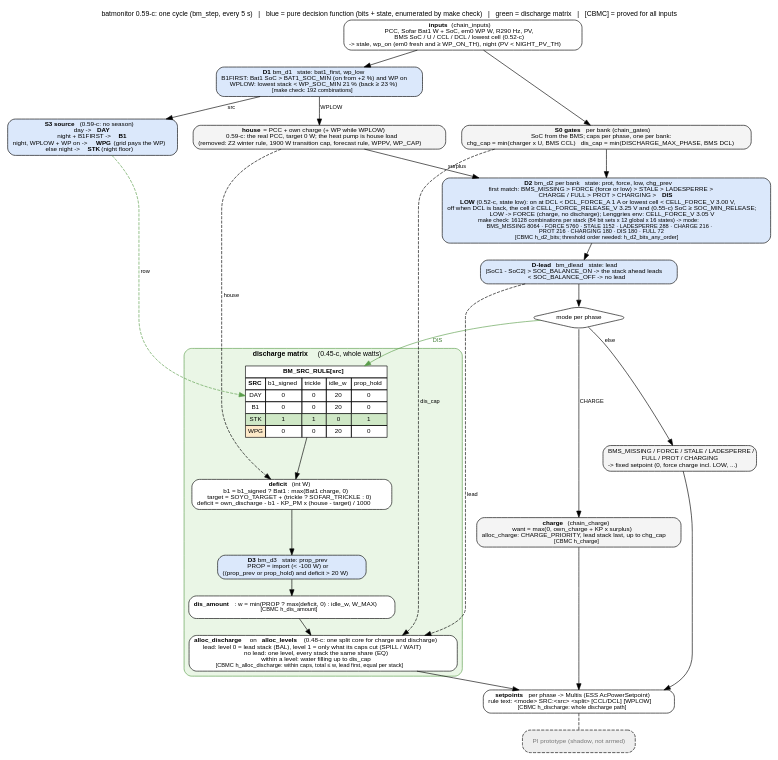
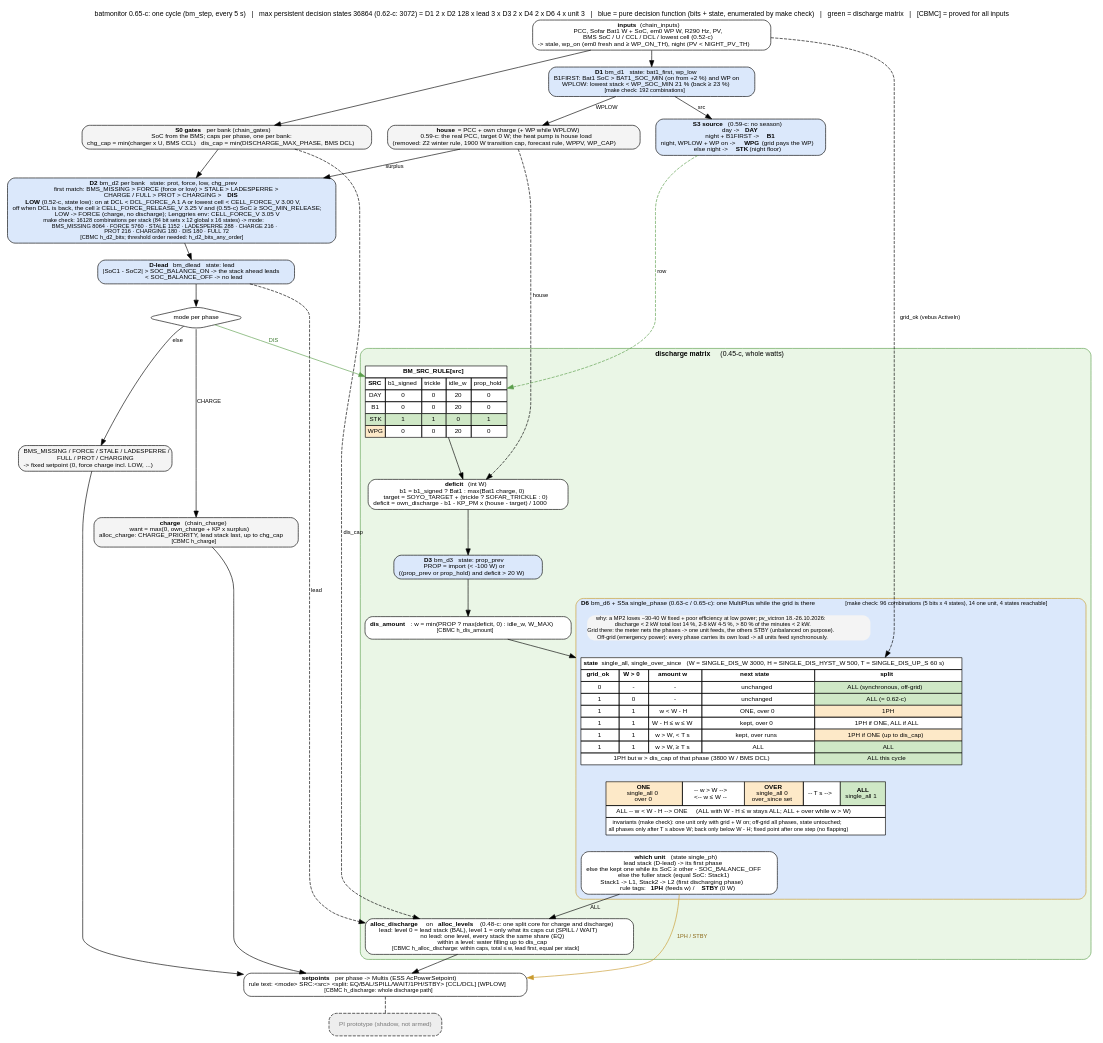
Before and after one commit to gerontec/victron: the diagram in docs/discharge_flow.dot, drawn with Graphviz. The commit also changed 11 other files, not shown here.

First line of the commit message:
batmonitor 0.65-c: one unit / all phases as decision function bm_d6, matrix redrawn

```diff
--- a/docs/discharge_flow.dot
+++ b/docs/discharge_flow.dot
@@ -1,71 +1,100 @@
 // batmonitor 0.45-c: decision flow of one cycle (bm_step), the discharge matrix highlighted.
 // render: dot -Tpdf discharge_flow.dot -o discharge_flow.pdf   (or -Tpng)
 digraph batmonitor {
-	graph [rankdir=TB, fontname="Helvetica", fontsize=11, nodesep=0.35, ranksep=0.35, newrank=true,
-		   label="batmonitor 0.59-c: one cycle (bm_step, every 5 s)   |   blue = pure decision function (bits + state, enumerated by make check)   |   green = discharge matrix   |   [CBMC] = proved for all inputs",
+	graph [rankdir=TB, compound=true, fontname="Helvetica", fontsize=11, nodesep=0.35, ranksep=0.35, newrank=true,
+		   label="batmonitor 0.65-c: one cycle (bm_step, every 5 s)   |   max persistent decision states 36864 (0.62-c: 3072) = D1 2 x D2 128 x lead 3 x D3 2 x D4 2 x D6 4 x unit 3   |   blue = pure decision function (bits + state, enumerated by make check)   |   green = discharge matrix   |   [CBMC] = proved for all inputs",
 		   labelloc=t];
 	node [shape=box, style="rounded,filled", fillcolor="#f4f4f4", fontname="Helvetica", fontsize=10];
 	edge [fontname="Helvetica", fontsize=9];
 
 	in [label=<<b>inputs</b> (chain_inputs)<br/>PCC, Sofar Bat1 W + SoC, em0 WP W, R290 Hz, PV,<br/>BMS SoC / U / CCL / DCL / lowest cell (0.52-c)<br/>-&gt; stale, wp_on (em0 fresh and &ge; WP_ON_TH), night (PV &lt; NIGHT_PV_TH)>, fillcolor="#ffffff"];
 
 	d1 [label=<<b>D1</b> bm_d1   state: bat1_first, wp_low<br/>B1FIRST: Bat1 SoC &gt; BAT1_SOC_MIN (on from +2 %) and WP on<br/>WPLOW: lowest stack &lt; WP_SOC_MIN 21 % (back &ge; 23 %)<br/><font point-size="9">[make check: 192 combinations]</font>>, fillcolor="#dbe8fb"];
 
 	src [label=<<b>S3 source</b> (0.59-c: no season)<br/>day -&gt; <b>DAY</b><br/>night + B1FIRST -&gt; <b>B1</b><br/>night, WPLOW + WP on -&gt; <b>WPG</b> (grid pays the WP)<br/>else night -&gt; <b>STK</b> (night floor)>, fillcolor="#dbe8fb"];
 
 	share [label=<<b>house</b> = PCC + own charge (+ WP while WPLOW)<br/>0.59-c: the real PCC, target 0 W; the heat pump is house load<br/>(removed: Z2 winter rule, 1900 W transition cap, forecast rule, WPPV, WP_CAP)>];
 
 	gates [label=<<b>S0 gates</b> per bank (chain_gates)<br/>SoC from the BMS; caps per phase, one per bank:<br/>chg_cap = min(charger x U, BMS CCL)   dis_cap = min(DISCHARGE_MAX_PHASE, BMS DCL)>];
 
 	d2 [label=<<b>D2</b> bm_d2 per bank   state: prot, force, low, chg_prev<br/>first match: BMS_MISSING &gt; FORCE (force or low) &gt; STALE &gt; LADESPERRE &gt;<br/>CHARGE / FULL &gt; PROT &gt; CHARGING &gt; <b>DIS</b><br/><b>LOW</b> (0.52-c, state low): on at DCL &lt; DCL_FORCE_A 1 A or lowest cell &lt; CELL_FORCE_V 3.00 V,<br/>off when DCL is back, the cell &ge; CELL_FORCE_RELEASE_V 3.25 V and (0.55-c) SoC &ge; SOC_MIN_RELEASE;<br/>LOW -&gt; FORCE (charge, no discharge); Lenggries env: CELL_FORCE_V 3.05 V<br/><font point-size="9">make check: 16128 combinations per stack (84 bit sets x 12 global x 16 states) -&gt; mode:<br/>BMS_MISSING 8064 · FORCE 5760 · STALE 1152 · LADESPERRE 288 · CHARGE 216 ·<br/>PROT 216 · CHARGING 180 · DIS 180 · FULL 72</font><br/><font point-size="9">[CBMC h_d2_bits; threshold order needed: h_d2_bits_any_order]</font>>, fillcolor="#dbe8fb"];
 
 	lead [label=<<b>D-lead</b> bm_dlead   state: lead<br/>|SoC1 - SoC2| &gt; SOC_BALANCE_ON -&gt; the stack ahead leads<br/>&lt; SOC_BALANCE_OFF -&gt; no lead>, fillcolor="#dbe8fb"];
 
 	modesplit [label="mode per phase", shape=diamond, fillcolor="#ffffff"];
 	other [label=<BMS_MISSING / FORCE / STALE / LADESPERRE /<br/>FULL / PROT / CHARGING<br/>-&gt; fixed setpoint (0, force charge incl. LOW, ...)>];
 
 	subgraph cluster_dis {
 		label=<<b>discharge matrix</b> (0.45-c, whole watts)>; style="rounded,filled"; fillcolor="#eaf6e6"; color="#5a9e4b"; fontsize=11;
 		rule [shape=plain, fillcolor="#ffffff", label=<
 			<table border="0" cellborder="1" cellspacing="0" cellpadding="3" bgcolor="#ffffff">
 			<tr><td colspan="5"><b>BM_SRC_RULE[src]</b></td></tr>
 			<tr><td><b>SRC</b></td><td>b1_signed</td><td>trickle</td><td>idle_w</td><td>prop_hold</td></tr>
 			<tr><td>DAY</td><td>0</td><td>0</td><td>20</td><td>0</td></tr>
 			<tr><td>B1</td><td>0</td><td>0</td><td>20</td><td>0</td></tr>
 			<tr><td bgcolor="#cfe8c6">STK</td><td bgcolor="#cfe8c6">1</td><td bgcolor="#cfe8c6">1</td><td bgcolor="#cfe8c6">0</td><td bgcolor="#cfe8c6">1</td></tr>
 			<tr><td bgcolor="#fde9c8">WPG</td><td>0</td><td>0</td><td>20</td><td>0</td></tr>
 			</table>>];
 		deficit [label=<<b>deficit</b> (int W)<br/>b1 = b1_signed ? Bat1 : max(Bat1 charge, 0)<br/>target = SOYO_TARGET + (trickle ? SOFAR_TRICKLE : 0)<br/>deficit = own_discharge - b1 - KP_PM x (house - target) / 1000>, fillcolor="#ffffff"];
 		d3 [label=<<b>D3</b> bm_d3   state: prop_prev<br/>PROP = import (&lt; -100 W) or<br/>((prop_prev or prop_hold) and deficit &gt; 20 W)>, fillcolor="#dbe8fb"];
 		amount [label=<<b>dis_amount</b>: w = min(PROP ? max(deficit, 0) : idle_w, W_MAX)<br/><font point-size="9">[CBMC h_dis_amount]</font>>, fillcolor="#ffffff"];
 		alloc [label=<<b>alloc_discharge</b> on <b>alloc_levels</b> (0.48-c: one split core for charge and discharge)<br/>lead: level 0 = lead stack (BAL), level 1 = only what its caps cut (SPILL / WAIT)<br/>no lead: one level, every stack the same share (EQ)<br/>within a level: water filling up to dis_cap<br/><font point-size="9">[CBMC h_alloc_discharge: within caps, total &le; w, lead first, equal per stack]</font>>, fillcolor="#ffffff"];
-		rule -> deficit -> d3 -> amount -> alloc;
+		subgraph cluster_one {
+			label=<<b>D6</b> bm_d6 + S5a single_phase (0.63-c / 0.65-c): one MultiPlus while the grid is there   <font point-size="9">[make check: 96 combinations (5 bits x 4 states), 14 one unit, 4 states reachable]</font>>; style="rounded,filled"; fillcolor="#dbe8fb"; color="#c99a2e"; fontsize=10;
+			why1 [shape=plain, label=<<font point-size="9">why: a MP2 loses ~30-40 W fixed + poor efficiency at low power; pv_victron 18.-26.10.2026:<br/>discharge &lt; 2 kW total lost 14 %, 2-8 kW 4-5 %, &gt; 80 % of the minutes &lt; 2 kW.<br/>Grid there: the meter nets the phases -&gt; one unit feeds, the others STBY (unbalanced on purpose).<br/>Off-grid (emergency power): every phase carries its own load -&gt; all units feed synchronously.</font>>];
+			sm [shape=plain, label=<
+				<table border="0" cellborder="1" cellspacing="0" cellpadding="3" bgcolor="#ffffff">
+				<tr><td colspan="5"><b>state</b> single_all, single_over_since   (W = SINGLE_DIS_W 3000, H = SINGLE_DIS_HYST_W 500, T = SINGLE_DIS_UP_S 60 s)</td></tr>
+				<tr><td><b>grid_ok</b></td><td><b>W &gt; 0</b></td><td><b>amount w</b></td><td><b>next state</b></td><td><b>split</b></td></tr>
+				<tr><td>0</td><td>-</td><td>-</td><td>unchanged</td><td bgcolor="#cfe8c6">ALL (synchronous, off-grid)</td></tr>
+				<tr><td>1</td><td>0</td><td>-</td><td>unchanged</td><td bgcolor="#cfe8c6">ALL (= 0.62-c)</td></tr>
+				<tr><td>1</td><td>1</td><td>w &lt; W - H</td><td>ONE, over 0</td><td bgcolor="#fde9c8">1PH</td></tr>
+				<tr><td>1</td><td>1</td><td>W - H &le; w &le; W</td><td>kept, over 0</td><td>1PH if ONE, ALL if ALL</td></tr>
+				<tr><td>1</td><td>1</td><td>w &gt; W, &lt; T s</td><td>kept, over runs</td><td bgcolor="#fde9c8">1PH if ONE (up to dis_cap)</td></tr>
+				<tr><td>1</td><td>1</td><td>w &gt; W, &ge; T s</td><td>ALL</td><td bgcolor="#cfe8c6">ALL</td></tr>
+				<tr><td colspan="4">1PH but w &gt; dis_cap of that phase (3800 W / BMS DCL)</td><td bgcolor="#cfe8c6">ALL this cycle</td></tr>
+				</table>>];
+			states [shape=plain, label=<
+				<table border="0" cellborder="1" cellspacing="0" cellpadding="3" bgcolor="#ffffff">
+				<tr><td bgcolor="#fde9c8"><b>ONE</b><br/>single_all 0<br/>over 0</td><td>-- w &gt; W --&gt;<br/>&lt;-- w &le; W --</td><td bgcolor="#fde9c8"><b>OVER</b><br/>single_all 0<br/>over_since set</td><td>-- T s --&gt;</td><td bgcolor="#cfe8c6"><b>ALL</b><br/>single_all 1</td></tr>
+				<tr><td colspan="5">ALL -- w &lt; W - H --&gt; ONE     (ALL with W - H &le; w stays ALL; ALL + over while w &gt; W)</td></tr>
+				<tr><td colspan="5"><font point-size="9">invariants (make check): one unit only with grid + W on; off-grid all phases, state untouched;<br/>all phases only after T s above W; back only below W - H; fixed point after one step (no flapping)</font></td></tr>
+				</table>>];
+			pick [label=<<b>which unit</b> (state single_ph)<br/>lead stack (D-lead) -&gt; its first phase<br/>else the kept one while its SoC &ge; other - SOC_BALANCE_OFF<br/>else the fuller stack (equal SoC: Stack1)<br/>Stack1 -&gt; L1, Stack2 -&gt; L2 (first discharging phase)<br/>rule tags: <b>1PH</b> (feeds w) / <b>STBY</b> (0 W)>, fillcolor="#ffffff"];
+			why1 -> sm [style=invis];
+			sm -> states -> pick [style=invis];
+		}
+		rule -> deficit -> d3 -> amount;
+		amount -> sm [lhead=cluster_one];
+		pick -> alloc [label=" ALL"];
 	}
 
 	chg [label=<<b>charge</b> (chain_charge)<br/>want = max(0, own_charge + KP x surplus)<br/>alloc_charge: CHARGE_PRIORITY, lead stack last, up to chg_cap<br/><font point-size="9">[CBMC h_charge]</font>>];
 
-	out [label=<<b>setpoints</b> per phase -&gt; Multis (ESS AcPowerSetpoint)<br/>rule text: &lt;mode&gt; SRC:&lt;src&gt; &lt;split&gt; [CCL/DCL] [WPLOW]<br/><font point-size="9">[CBMC h_discharge: whole discharge path]</font>>, fillcolor="#ffffff"];
+	out [label=<<b>setpoints</b> per phase -&gt; Multis (ESS AcPowerSetpoint)<br/>rule text: &lt;mode&gt; SRC:&lt;src&gt; &lt;split: EQ/BAL/SPILL/WAIT/1PH/STBY&gt; [CCL/DCL] [WPLOW]<br/><font point-size="9">[CBMC h_discharge: whole discharge path]</font>>, fillcolor="#ffffff"];
 	pi [label="PI prototype (shadow, not armed)", fillcolor="#eeeeee", fontcolor="#777777", style="rounded,filled,dashed"];
 
 	in -> d1;
 	d1 -> src [label=" src"];
 	d1 -> share [label=" WPLOW"];
 	in -> gates;
 	share -> d2 [label=" surplus"];
 	gates -> d2;
 	d2 -> lead;
 	lead -> modesplit;
 	modesplit -> rule [label=" DIS", color="#5a9e4b", fontcolor="#3c7a30"];
 	modesplit -> chg [label=" CHARGE"];
 	modesplit -> other [label=" else"];
 	src -> rule [color="#5a9e4b", style=dashed, label=" row"];
 	share -> deficit [style=dashed, label=" house"];
 	gates -> alloc [style=dashed, label=" dis_cap"];
 	lead -> alloc [style=dashed, label=" lead"];
 	alloc -> out;
+	pick -> out [label=" 1PH / STBY", color="#c99a2e", fontcolor="#8a6716"];
+	in -> sm [style=dashed, label=" grid_ok (vebus ActiveIn)"];
 	chg -> out;
 	other -> out;
 	out -> pi [style=dashed, arrowhead=none];
 
 	{rank=same; src; share;}
 }
```
